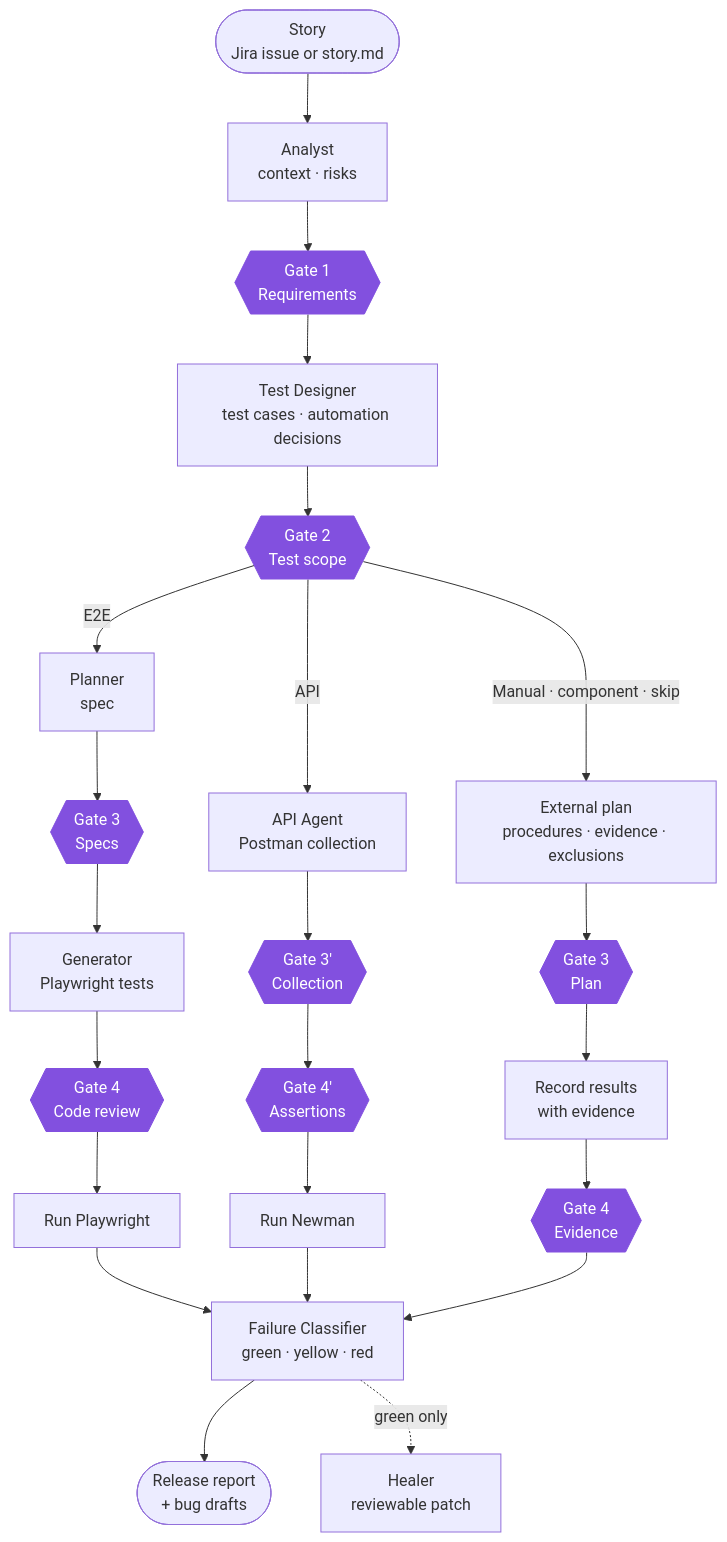
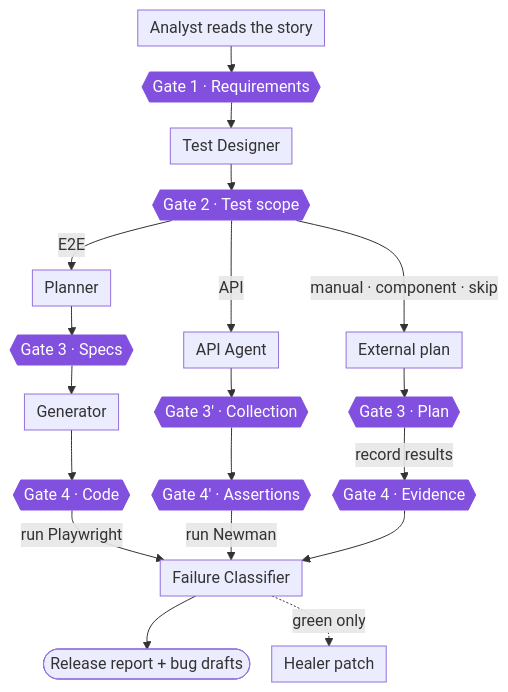
One commit to MiltonKlun/Qaizen changed the first of 2 diagrams in README.md. Above: the diagram before and after it, drawn with Mermaid. The commit also changed other lines of this file, not shown here.

Commit message:
docs(readme): explain the gates plainly first, and compact the flow graph (#108)
How it works now opens with a plain table of what each gate answers and what
the reviewer looks at, before the graph and the detailed table. The graph
keeps every gate and branch but uses one-line labels, puts the run and record
steps on its arrows, and tightens Mermaid's spacing: about half the height,
with the text at the same size.

````diff
--- a/README.md
+++ b/README.md
@@ -71,26 +81,24 @@
 ```mermaid
+%%{init: {"flowchart": {"nodeSpacing": 22, "rankSpacing": 26, "padding": 6}}}%%
 flowchart TD
-    story([Story<br/>Jira issue or story.md]) --> analyst[Analyst<br/>context · risks]
-    analyst --> g1{{Gate 1<br/>Requirements}}
-    g1 --> designer[Test Designer<br/>test cases · automation decisions]
-    designer --> g2{{Gate 2<br/>Test scope}}
+    analyst[Analyst reads the story] --> g1{{Gate 1 · Requirements}}
+    g1 --> designer[Test Designer] --> g2{{Gate 2 · Test scope}}
 
-    g2 -->|E2E| planner[Planner<br/>spec] --> g3{{Gate 3<br/>Specs}}
-    g3 --> generator[Generator<br/>Playwright tests] --> g4{{Gate 4<br/>Code review}}
-    g4 --> pw[Run Playwright]
+    g2 -->|E2E| planner[Planner] --> g3{{Gate 3 · Specs}}
+    g3 --> generator[Generator] --> g4{{Gate 4 · Code}}
 
-    g2 -->|API| apiagent[API Agent<br/>Postman collection] --> g3a{{Gate 3′<br/>Collection}}
-    g3a --> g4a{{Gate 4′<br/>Assertions}} --> nm[Run Newman]
+    g2 -->|API| apiagent[API Agent] --> g3a{{Gate 3′ · Collection}}
+    g3a --> g4a{{Gate 4′ · Assertions}}
 
-    g2 -->|Manual · component · skip| plan[External plan<br/>procedures · evidence · exclusions]
-    plan --> g3e{{Gate 3<br/>Plan}} --> rec[Record results<br/>with evidence] --> g4e{{Gate 4<br/>Evidence}}
+    g2 -->|manual · component · skip| plan[External plan] --> g3e{{Gate 3 · Plan}}
+    g3e -->|record results| g4e{{Gate 4 · Evidence}}
 
-    pw --> classify[Failure Classifier<br/>green · yellow · red]
-    nm --> classify
+    g4 -->|run Playwright| classify[Failure Classifier]
+    g4a -->|run Newman| classify
     g4e --> classify
-    classify --> report([Release report<br/>+ bug drafts])
-    classify -. green only .-> healer[Healer<br/>reviewable patch]
+    classify --> report([Release report + bug drafts])
+    classify -. green only .-> healer[Healer patch]
 
     classDef gate fill:#8250df,stroke:#8250df,color:#fff
     class g1,g2,g3,g4,g3a,g4a,g3e,g4e gate
 ```
````
